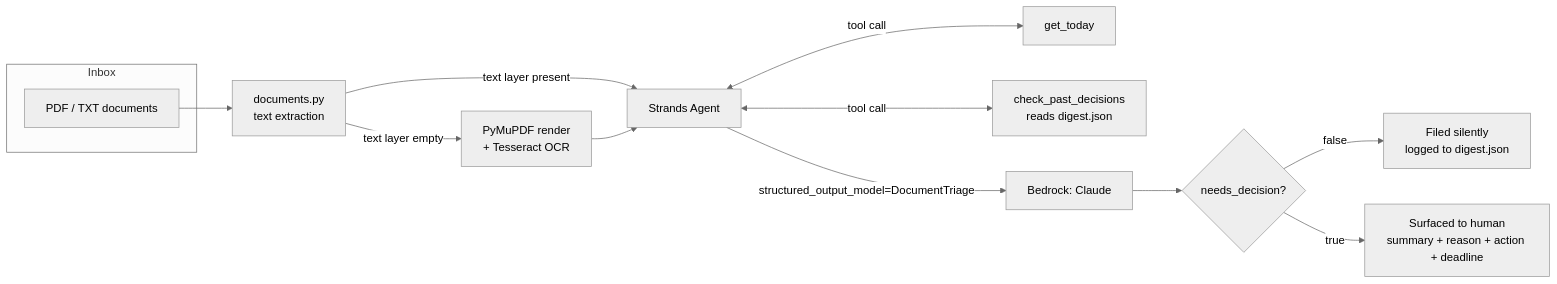
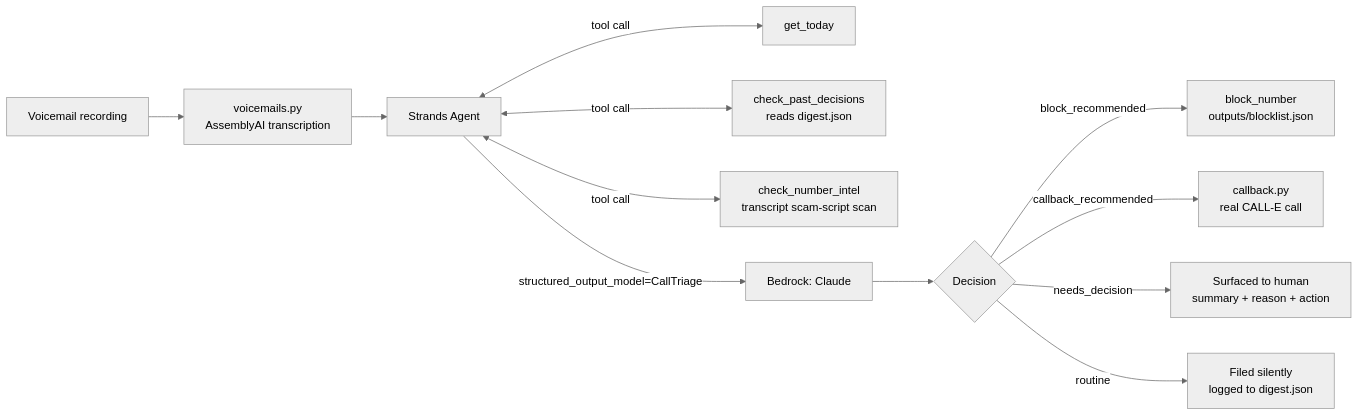
The diagram in README.md (axxess-triaxis/callismatic), drawn with Mermaid (neutral theme) before and after one commit. The commit also changed other lines of this file and 27 other files, not shown here.

First line of the commit message:
Pivot from document triage to voicemail/call triage

````diff
--- a/README.md
+++ b/README.md
@@ -36,19 +50,16 @@
 ```mermaid
 flowchart LR
-    subgraph Inbox
-        A[PDF / TXT documents]
-    end
+    A[Voicemail recording] --> B[voicemails.py<br/>AssemblyAI transcription]
+    B --> C[Strands Agent]
 
-    A --> B[documents.py<br/>text extraction]
-    B -->|text layer empty| C[PyMuPDF render<br/>+ Tesseract OCR]
-    B -->|text layer present| D[Strands Agent]
-    C --> D
+    C <-->|tool call| D[get_today]
+    C <-->|tool call| E[check_past_decisions<br/>reads digest.json]
+    C <-->|tool call| F[check_number_intel<br/>transcript scam-script scan]
+    C -->|structured_output_model=CallTriage| G[Bedrock: Claude]
 
-    D <-->|tool call| E[get_today]
-    D <-->|tool call| F[check_past_decisions<br/>reads digest.json]
-    D -->|structured_output_model=DocumentTriage| G[Bedrock: Claude]
-
-    G --> H{needs_decision?}
-    H -->|false| I[Filed silently<br/>logged to digest.json]
-    H -->|true| J[Surfaced to human<br/>summary + reason + action + deadline]
+    G --> H{Decision}
+    H -->|block_recommended| I[block_number<br/>outputs/blocklist.json]
+    H -->|callback_recommended| J[callback.py<br/>real CALL-E call]
+    H -->|needs_decision| K[Surfaced to human<br/>summary + reason + action]
+    H -->|routine| L[Filed silently<br/>logged to digest.json]
 ```
````
